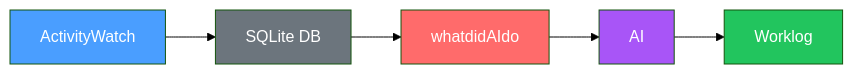
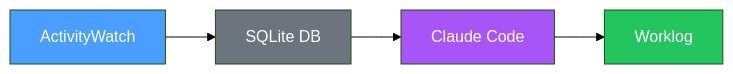
The diagram in README.md (quickstar/whatdidAIdo), drawn with Mermaid (forest theme) before and after one commit. The commit also changed other lines of this file, not shown here.

First line of the commit message:
update README to reflect Claude Code workflow

````diff
--- a/README.md
+++ b/README.md
@@ -9,10 +9,9 @@
 ```mermaid
 flowchart LR
-    AW[ActivityWatch] --> DB[SQLite DB] --> WDAID[whatdidAIdo] --> AI[AI] --> WL[Worklog]
+    AW[ActivityWatch] --> DB[SQLite DB] --> CC[Claude Code] --> WL[Worklog]
 
     style AW fill:#4a9eff,color:#fff
     style DB fill:#6c757d,color:#fff
-    style WDAID fill:#ff6b6b,color:#fff
-    style AI fill:#a855f7,color:#fff
+    style CC fill:#a855f7,color:#fff
     style WL fill:#22c55e,color:#fff
 ```
````
